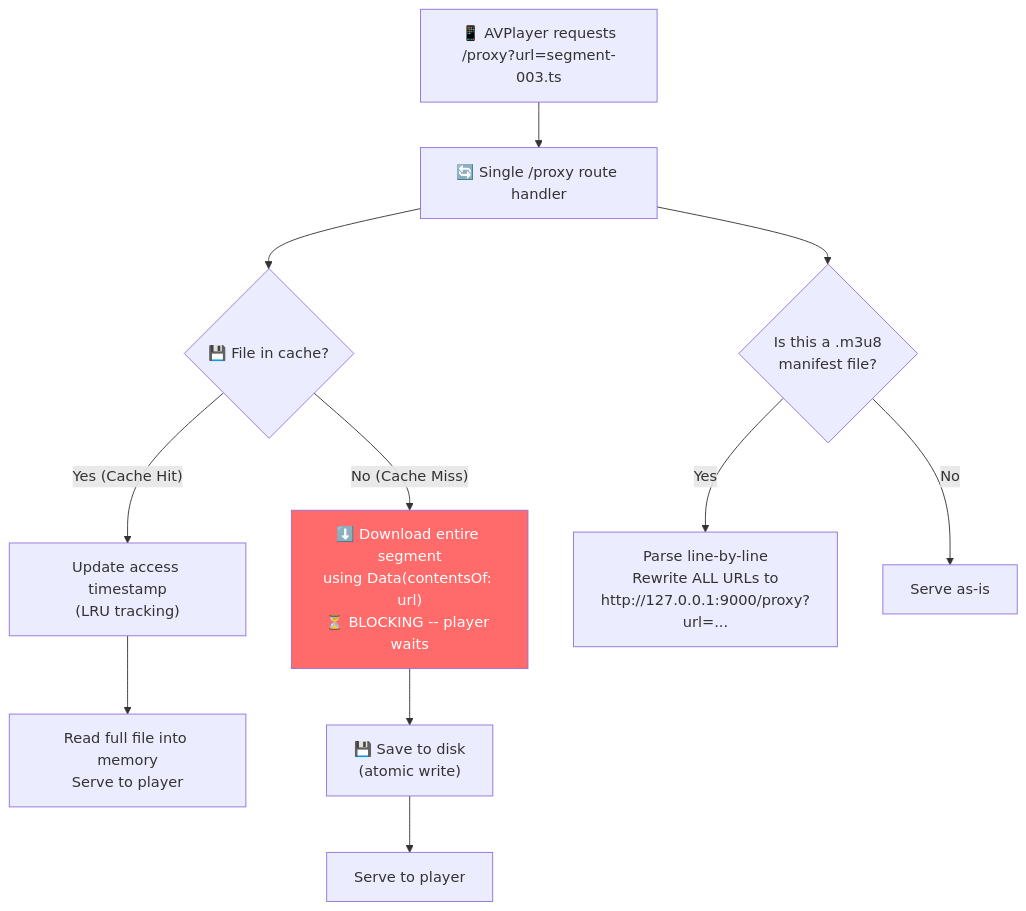
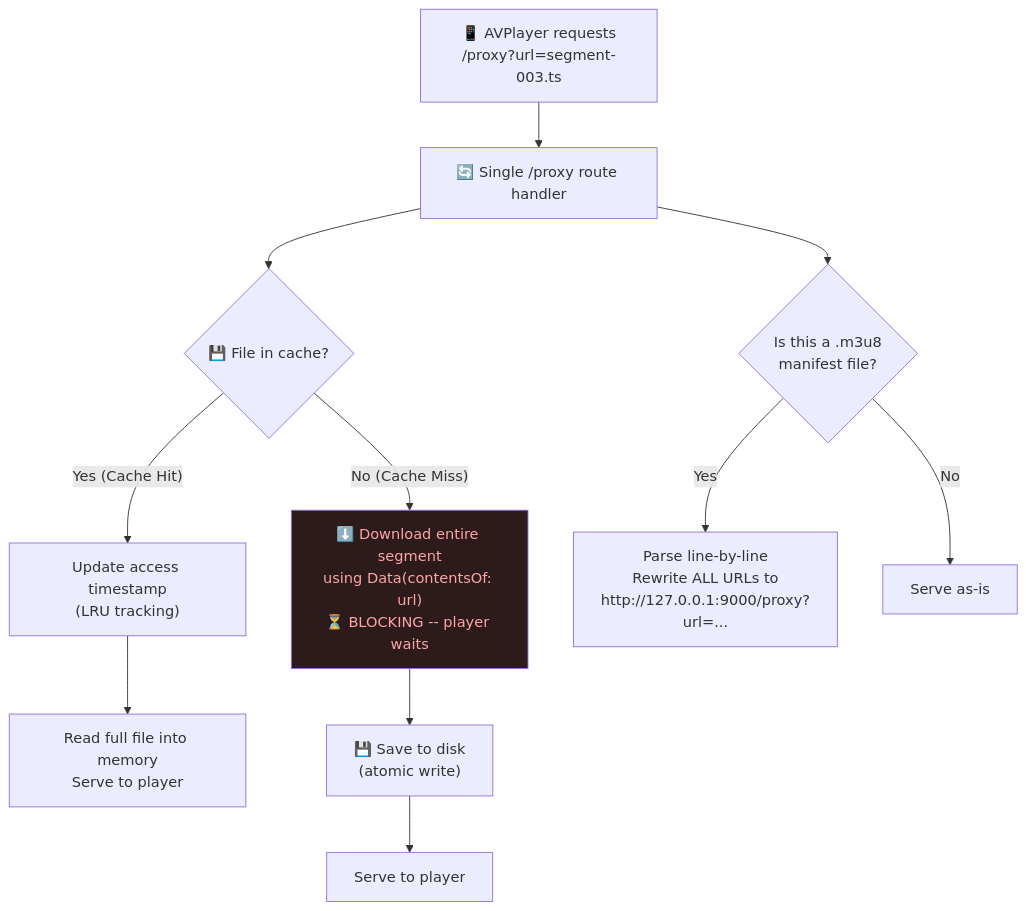
Before and after one commit to Monisankarnath/monisankarnath-portfolio: the fifth of 13 diagrams in src/content/case-studies/expo-video-ios-offline-caching.md, drawn with Mermaid. The commit also changed other lines of this file and 19 other files, not shown here.

Commit message:
chore: mermaid build and listing revamp

````diff
--- a/src/content/case-studies/expo-video-ios-offline-caching.md
+++ b/src/content/case-studies/expo-video-ios-offline-caching.md
@@ -218,18 +220,18 @@
 ```mermaid
 flowchart TD
-    Player["📱 AVPlayer requests\n/proxy?url=segment-003.ts"] --> Route["🔄 Single /proxy route handler"]
+    Player["📱 AVPlayer requests<br/>/proxy?url=segment-003.ts"] --> Route["🔄 Single /proxy route handler"]
     Route --> CacheCheck{"💾 File in cache?"}
 
-    CacheCheck -->|"Yes (Cache Hit)"| Touch["Update access timestamp\n(LRU tracking)"]
-    Touch --> ServeCached["Read full file into memory\nServe to player"]
+    CacheCheck -->|"Yes (Cache Hit)"| Touch["Update access timestamp<br/>(LRU tracking)"]
+    Touch --> ServeCached["Read full file into memory<br/>Serve to player"]
 
-    CacheCheck -->|"No (Cache Miss)"| Download["⬇️ Download entire segment\nusing Data(contentsOf: url)\n⏳ BLOCKING -- player waits"]
-    Download --> SaveDisk["💾 Save to disk\n(atomic write)"]
+    CacheCheck -->|"No (Cache Miss)"| Download["⬇️ Download entire segment<br/>using Data(contentsOf: url)<br/>⏳ BLOCKING -- player waits"]
+    Download --> SaveDisk["💾 Save to disk<br/>(atomic write)"]
     SaveDisk --> Serve["Serve to player"]
 
-    Route --> IsManifest{"Is this a .m3u8\nmanifest file?"}
-    IsManifest -->|Yes| Rewrite["Parse line-by-line\nRewrite ALL URLs to\nhttp://127.0.0.1:9000/proxy?url=..."]
+    Route --> IsManifest{"Is this a .m3u8<br/>manifest file?"}
+    IsManifest -->|Yes| Rewrite["Parse line-by-line<br/>Rewrite ALL URLs to<br/>http://127.0.0.1:9000/proxy?url=..."]
     IsManifest -->|No| SkipRewrite["Serve as-is"]
 
-    style Download fill:#FF6B6B,color:#fff
+    style Download fill:#2d1b1b,color:#fca5a5
 ```
````
